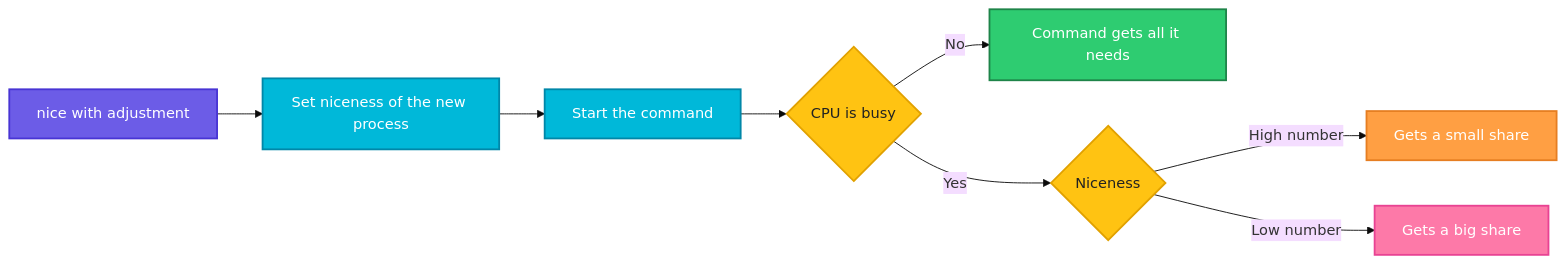
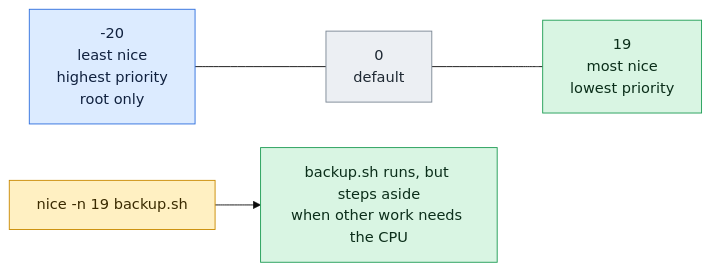
One commit to codeKerdosTech/DevOps-Documentation changed the diagram in linux/process-management/nice.md. Above: the diagram before and after it, drawn with Mermaid (base theme). The commit also changed other lines of this file and 165 other files, not shown here.

Commit message:
updated diagrams in linux

````diff
--- a/linux/process-management/nice.md
+++ b/linux/process-management/nice.md
@@ -32,23 +32,14 @@
 ```mermaid
 flowchart LR
-    A[nice with adjustment] --> B[Set niceness of the new process]
-    B --> C[Start the command]
-    C --> D{CPU is busy}
-    D -->|No| E[Command gets all it needs]
-    D -->|Yes| F{Niceness}
-    F -->|High number| G[Gets a small share]
-    F -->|Low number| H[Gets a big share]
-    classDef start fill:#6C5CE7,stroke:#4834D4,stroke-width:2px,color:#fff
-    classDef proc fill:#00B8D9,stroke:#0087A8,stroke-width:2px,color:#fff
-    classDef dec fill:#FFC312,stroke:#E1A100,stroke-width:2px,color:#222
-    classDef ok fill:#2ECC71,stroke:#1E8449,stroke-width:2px,color:#fff
-    classDef err fill:#FF4757,stroke:#C0392B,stroke-width:2px,color:#fff
-    classDef out fill:#FD79A8,stroke:#E84393,stroke-width:2px,color:#fff
-    classDef alt fill:#FF9F43,stroke:#E67E22,stroke-width:2px,color:#fff
-    class A start
-    class B,C proc
-    class D,F dec
-    class E ok
-    class G alt
-    class H out
+    i1[-20<br/>least nice<br/>highest priority<br/>root only] --- n1[0<br/>default] --- o1[19<br/>most nice<br/>lowest priority]
+    c1[nice -n 19 backup.sh] --> o2[backup.sh runs, but steps aside<br/>when other work needs the CPU]
+    classDef inp fill:#DCEBFF,stroke:#2F6FDE,color:#10213F
+    classDef cmd fill:#FFF0C2,stroke:#C98A00,color:#3A2A00
+    classDef out fill:#D9F5E3,stroke:#1F9D55,color:#0B2E1A
+    classDef bad fill:#FDE0E0,stroke:#D13B3B,color:#4A0F0F
+    classDef note fill:#ECEFF3,stroke:#7B8794,color:#1F2933
+    class i1 inp
+    class n1 note
+    class o1,o2 out
+    class c1 cmd
 ```
````
